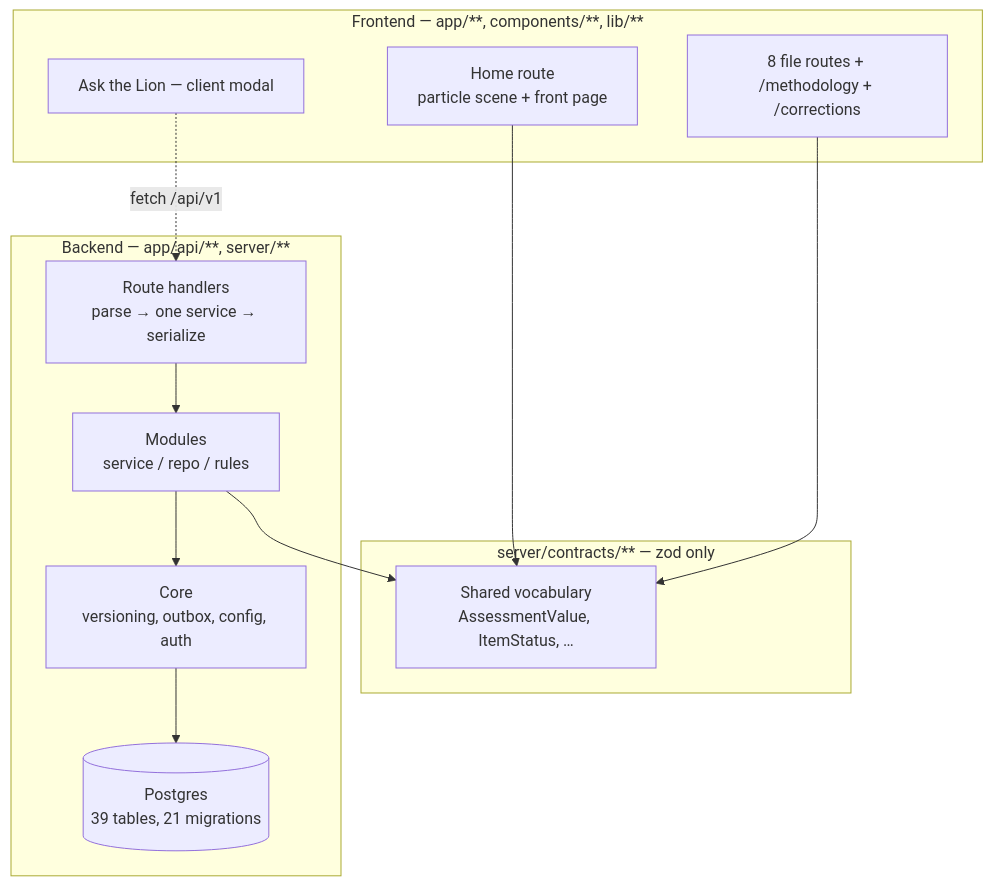
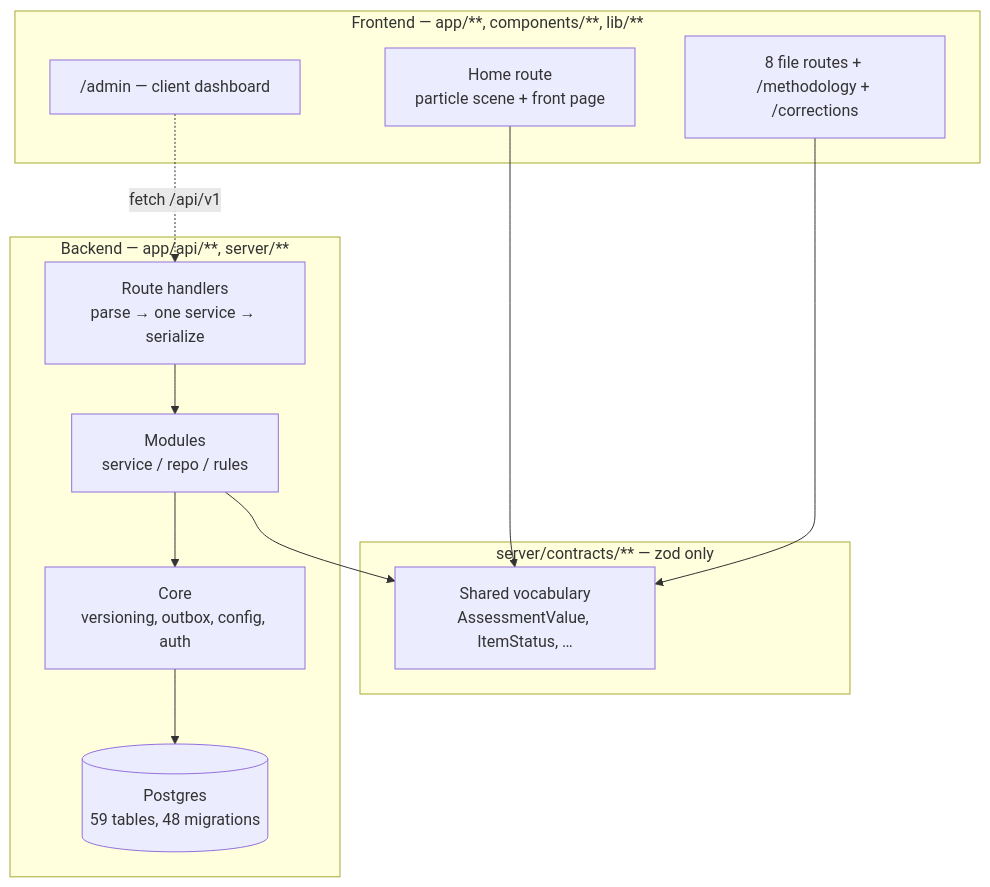
One commit to lions-admin/lions-of-zion changed the first of 6 diagrams in docs/architecture.md. Above: the diagram before and after it, drawn with Mermaid. The commit also changed other lines of this file and 37 other files, not shown here.

````diff
--- a/docs/architecture.md
+++ b/docs/architecture.md
@@ -32,25 +34,25 @@
 ```mermaid
 flowchart TB
     subgraph FE["Frontend — app/**, components/**, lib/**"]
         Home["Home route<br/>particle scene + front page"]
         Docs["8 file routes + /methodology + /corrections"]
-        Chat["Ask the Lion — client modal"]
+        Admin["/admin — client dashboard"]
     end
 
     subgraph Contracts["server/contracts/** — zod only"]
         Vocab["Shared vocabulary<br/>AssessmentValue, ItemStatus, …"]
     end
 
     subgraph BE["Backend — app/api/**, server/**"]
         Routes["Route handlers<br/>parse → one service → serialize"]
         Modules["Modules<br/>service / repo / rules"]
         Core["Core<br/>versioning, outbox, config, auth"]
-        DB[("Postgres<br/>39 tables, 21 migrations")]
+        DB[("Postgres<br/>59 tables, 48 migrations")]
     end
 
     Home --> Vocab
     Docs --> Vocab
     Modules --> Vocab
-    Chat -.->|"fetch /api/v1"| Routes
+    Admin -.->|"fetch /api/v1"| Routes
     Routes --> Modules --> Core --> DB
 ```
````
